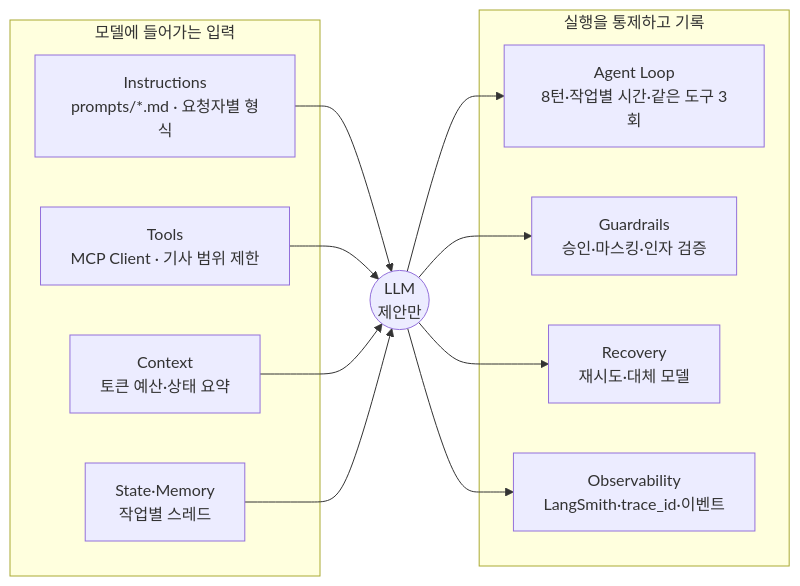
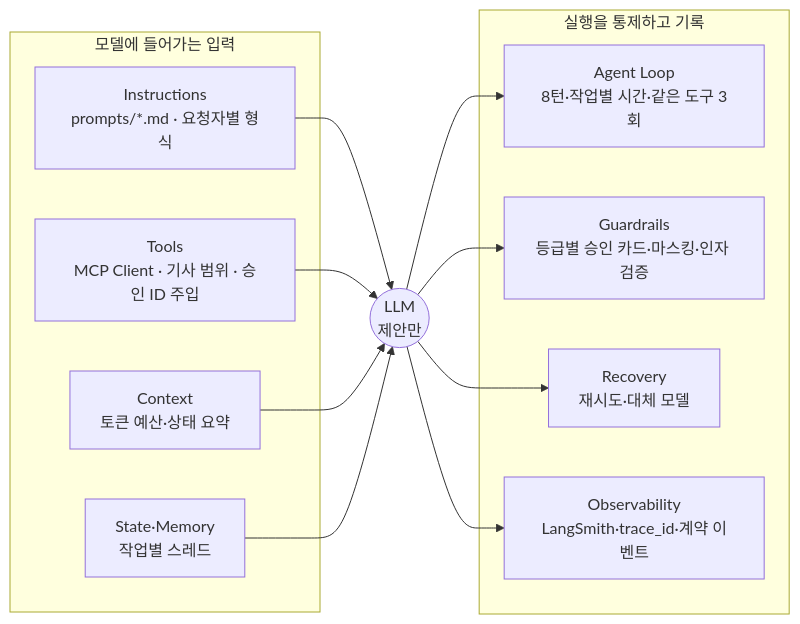
The first of 2 diagrams in docs/HARNESS.md (HuitaePark/seoul_bike), drawn with Mermaid before and after one commit. The commit also changed other lines of this file and 3 other files, not shown here.

````diff
--- a/docs/HARNESS.md
+++ b/docs/HARNESS.md
@@ -31,17 +31,17 @@
 ```mermaid
 flowchart LR
   subgraph IN[모델에 들어가는 입력]
     I[Instructions<br/>prompts/*.md · 요청자별 형식]
-    T[Tools<br/>MCP Client · 기사 범위 제한]
+    T[Tools<br/>MCP Client · 기사 범위 · 승인 ID 주입]
     C[Context<br/>토큰 예산·상태 요약]
     S[State·Memory<br/>작업별 스레드]
   end
   subgraph CTRL[실행을 통제하고 기록]
     L[Agent Loop<br/>8턴·작업별 시간·같은 도구 3회]
-    G[Guardrails<br/>승인·마스킹·인자 검증]
+    G[Guardrails<br/>등급별 승인 카드·마스킹·인자 검증]
     R[Recovery<br/>재시도·대체 모델]
-    O[Observability<br/>LangSmith·trace_id·이벤트]
+    O[Observability<br/>LangSmith·trace_id·계약 이벤트]
   end
   I & T & C & S --> M((LLM<br/>제안만))
   M --> L & G & R & O
 ```
````
